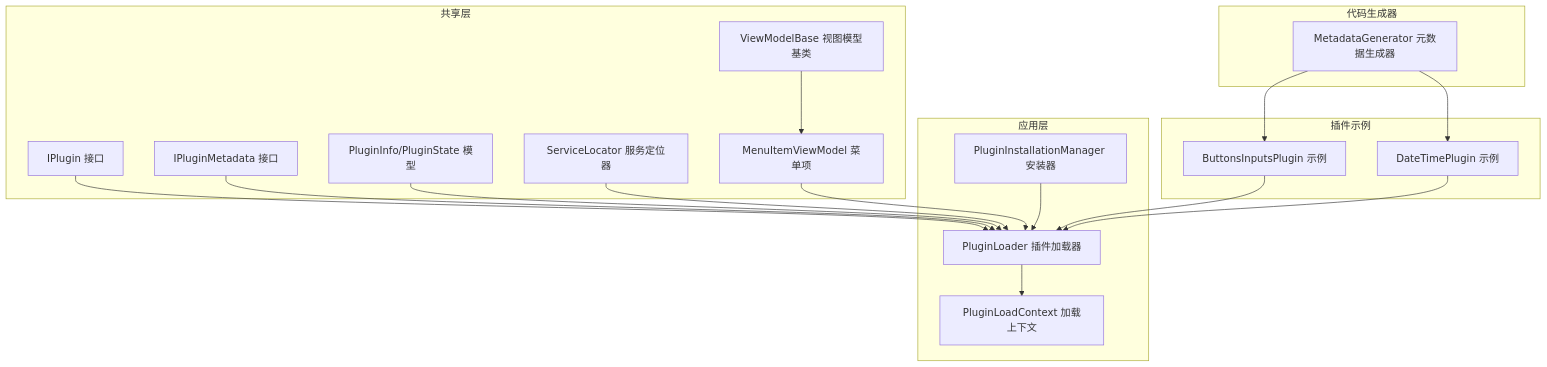
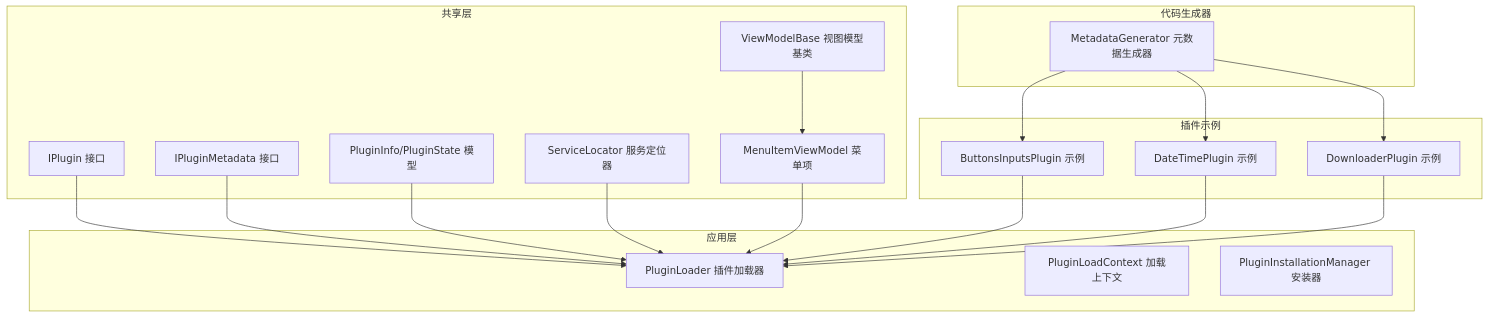
The first of 10 diagrams in .qoder/repowiki/zh/content/插件系统开发/插件系统开发.md (lytree/AvaloniaTemplate), drawn with Mermaid before and after one commit. The commit also changed other lines of this file and 3 other files, not shown here.

````diff
--- a/.qoder/repowiki/zh/content/插件系统开发/插件系统开发.md
+++ b/.qoder/repowiki/zh/content/插件系统开发/插件系统开发.md
@@ -42,35 +61,36 @@
 ```mermaid
 graph TB
 subgraph "共享层"
 IPlugin["IPlugin 接口"]
 IPluginMeta["IPluginMetadata 接口"]
 Models["PluginInfo/PluginState 模型"]
 ServiceLoc["ServiceLocator 服务定位器"]
 VMBase["ViewModelBase 视图模型基类"]
 MenuVM["MenuItemViewModel 菜单项"]
 end
 subgraph "应用层"
 Loader["PluginLoader 插件加载器"]
 Ctx["PluginLoadContext 加载上下文"]
 Installer["PluginInstallationManager 安装器"]
 end
 subgraph "插件示例"
 BtnPlug["ButtonsInputsPlugin 示例"]
 DTPlug["DateTimePlugin 示例"]
+DLPlug["DownloaderPlugin 示例"]
 end
 subgraph "代码生成器"
 Gen["MetadataGenerator 元数据生成器"]
 end
 IPlugin --> Loader
 IPluginMeta --> Loader
 Models --> Loader
 ServiceLoc --> Loader
 VMBase --> MenuVM
 MenuVM --> Loader
 BtnPlug --> Loader
 DTPlug --> Loader
+DLPlug --> Loader
 Gen --> BtnPlug
 Gen --> DTPlug
-Loader --> Ctx
-Installer --> Loader
+Gen --> DLPlug
 ```
````
